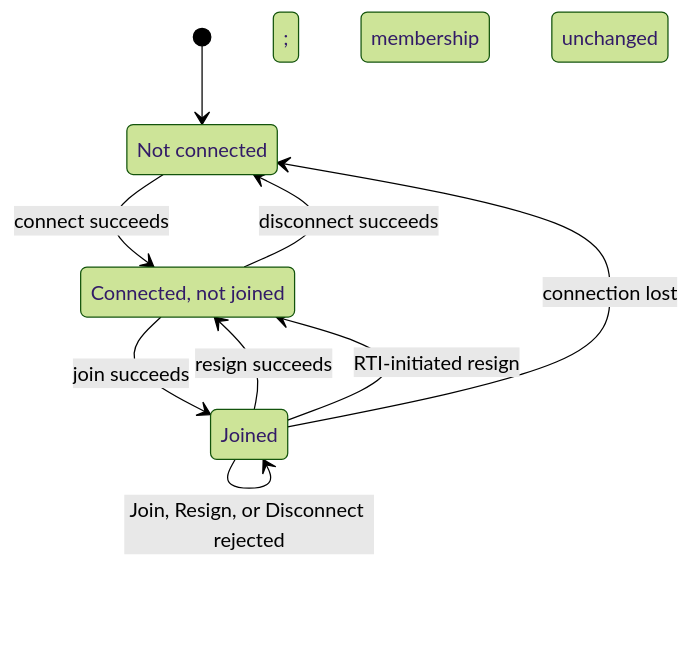
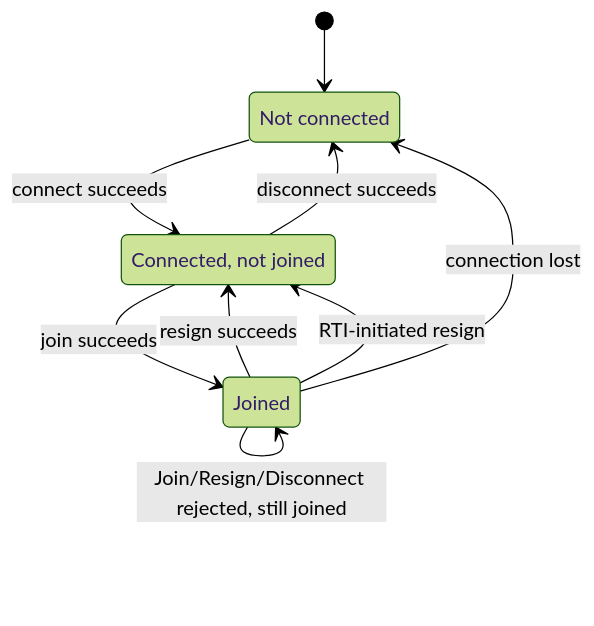
The second of 31 diagrams in docs/design/HLA-2025-FEDERATION-AND-FEDERATE-LIFECYCLE-FLOW-GUIDE.md (sheepfling/umbra), drawn with Mermaid (forest theme) before and after one commit. The commit also changed other lines of this file and 39 other files, not shown here.

Commit message:
Document IEEE 1516.1-2025 behavior flows

````diff
--- a/docs/design/HLA-2025-FEDERATION-AND-FEDERATE-LIFECYCLE-FLOW-GUIDE.md
+++ b/docs/design/HLA-2025-FEDERATION-AND-FEDERATE-LIFECYCLE-FLOW-GUIDE.md
@@ -107,15 +107,15 @@
 ```mermaid
 stateDiagram-v2
   state "Not connected" as NotConnected
   state "Connected, not joined" as NotJoined
   state "Joined" as Joined
 
   [*] --> NotConnected
   NotConnected --> NotJoined: connect succeeds
   NotJoined --> Joined: join succeeds
   Joined --> NotJoined: resign succeeds
   Joined --> NotJoined: RTI-initiated resign
   Joined --> NotConnected: connection lost
   NotJoined --> NotConnected: disconnect succeeds
-  Joined --> Joined: Join, Resign, or Disconnect rejected; membership unchanged
+  Joined --> Joined: Join/Resign/Disconnect rejected, still joined
 ```
````
